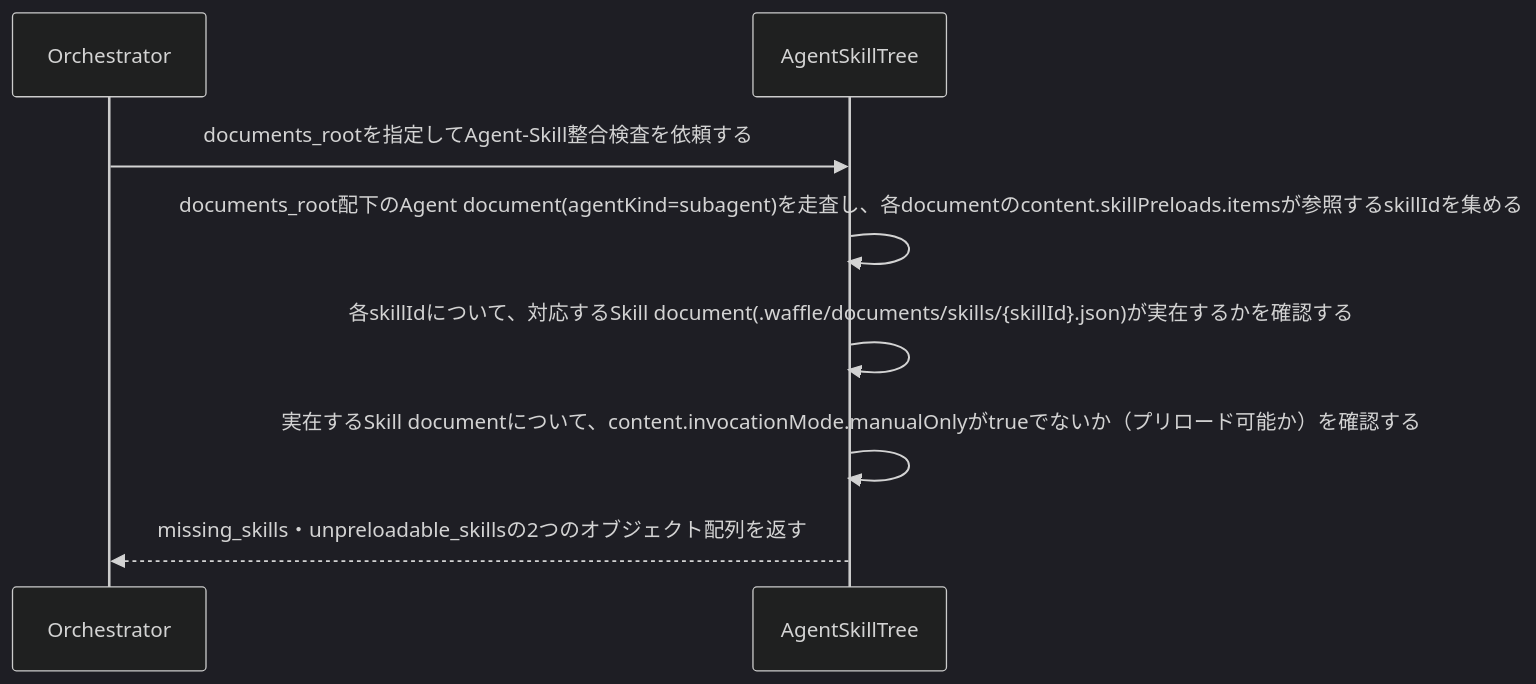
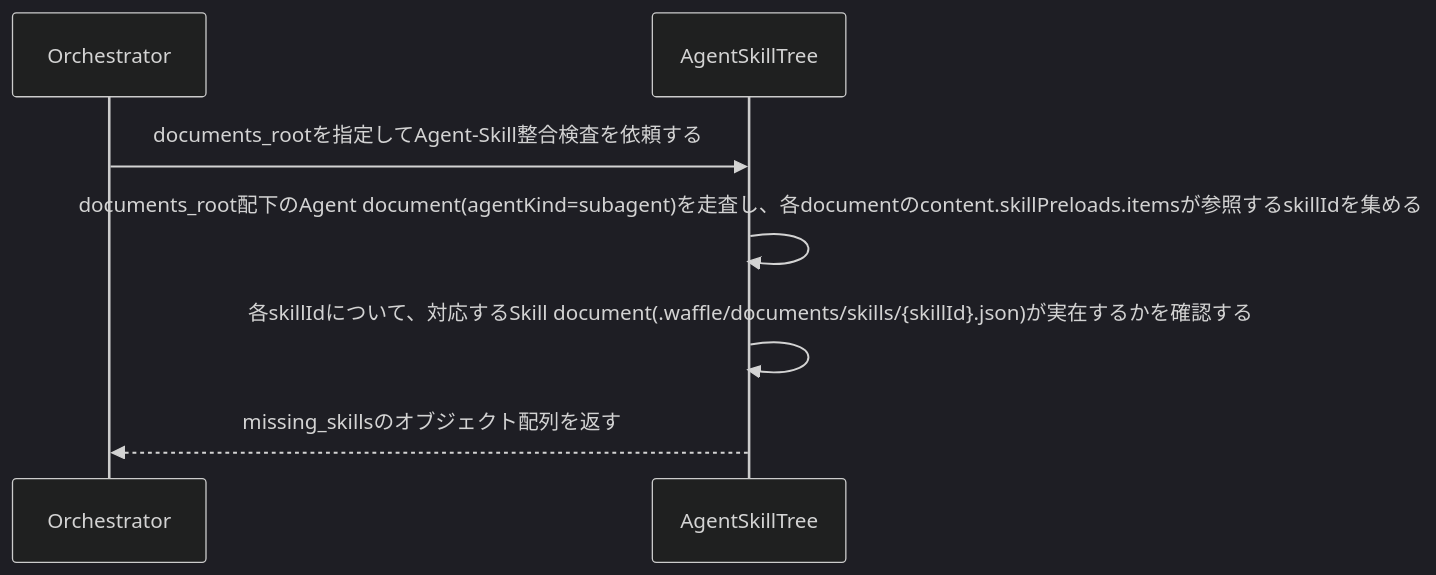
The diagram in .waffle/specs/bc-waffle/subdomain/sd-reconciliation/usecase/uc-check-agent-skill-drift.md (daidaiiro-519/waffle), drawn with Mermaid (dark theme) before and after one commit. The commit also changed other lines of this file and 5 other files, not shown here.

First line of the commit message:
uc-check-agent-skill-driftからunpreloadable_skillsチェックを削除

````diff
--- a/.waffle/specs/bc-waffle/subdomain/sd-reconciliation/usecase/uc-check-agent-skill-drift.md
+++ b/.waffle/specs/bc-waffle/subdomain/sd-reconciliation/usecase/uc-check-agent-skill-drift.md
@@ -38,8 +38,7 @@
 ```mermaid
 sequenceDiagram
     Orchestrator->>AgentSkillTree: documents_rootを指定してAgent-Skill整合検査を依頼する
     AgentSkillTree->>AgentSkillTree: documents_root配下のAgent document(agentKind=subagent)を走査し、各documentのcontent.skillPreloads.itemsが参照するskillIdを集める
     AgentSkillTree->>AgentSkillTree: 各skillIdについて、対応するSkill document(.waffle/documents/skills/{skillId}.json)が実在するかを確認する
-    AgentSkillTree->>AgentSkillTree: 実在するSkill documentについて、content.invocationMode.manualOnlyがtrueでないか（プリロード可能か）を確認する
-    AgentSkillTree-->>Orchestrator: missing_skills・unpreloadable_skillsの2つのオブジェクト配列を返す
+    AgentSkillTree-->>Orchestrator: missing_skillsのオブジェクト配列を返す
 ```
````
